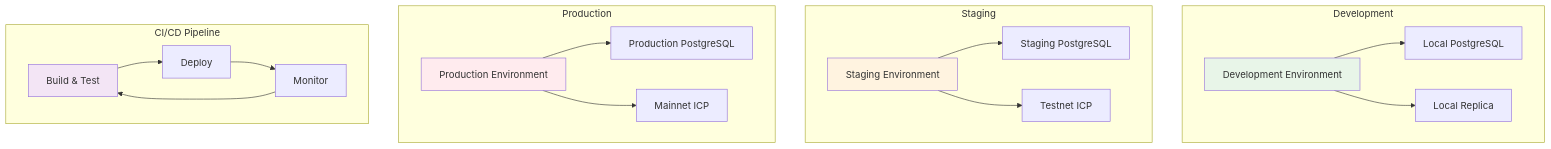
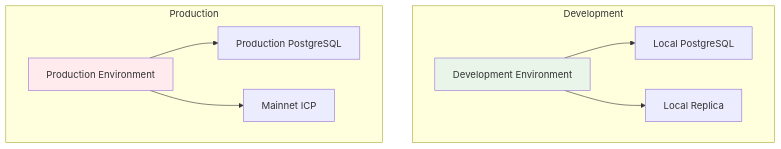
Before and after one commit to jurus-macul/pedulicarbon: the sixth of 6 diagrams in docs/SYSTEM_DESIGN.md, drawn with Mermaid. The commit also changed other lines of this file and 2 other files, not shown here.

````diff
--- a/docs/SYSTEM_DESIGN.md
+++ b/docs/SYSTEM_DESIGN.md
@@ -438,44 +317,23 @@
 ```mermaid
 graph TB
     subgraph "Development"
         DevEnv[Development Environment]
         DevDB[Local PostgreSQL]
         DevICP[Local Replica]
     end
     
-    subgraph "Staging"
-        StagingEnv[Staging Environment]
-        StagingDB[Staging PostgreSQL]
-        StagingICP[Testnet ICP]
-    end
-    
     subgraph "Production"
         ProdEnv[Production Environment]
         ProdDB[Production PostgreSQL]
         ProdICP[Mainnet ICP]
     end
     
-    subgraph "CI/CD Pipeline"
-        Build[Build & Test]
-        Deploy[Deploy]
-        Monitor[Monitor]
-    end
-    
     DevEnv --> DevDB
     DevEnv --> DevICP
-    
-    StagingEnv --> StagingDB
-    StagingEnv --> StagingICP
     
     ProdEnv --> ProdDB
     ProdEnv --> ProdICP
     
-    Build --> Deploy
-    Deploy --> Monitor
-    Monitor --> Build
-    
     style DevEnv fill:#e8f5e8
-    style StagingEnv fill:#fff3e0
     style ProdEnv fill:#ffebee
-    style Build fill:#f3e5f5
 ```
````
